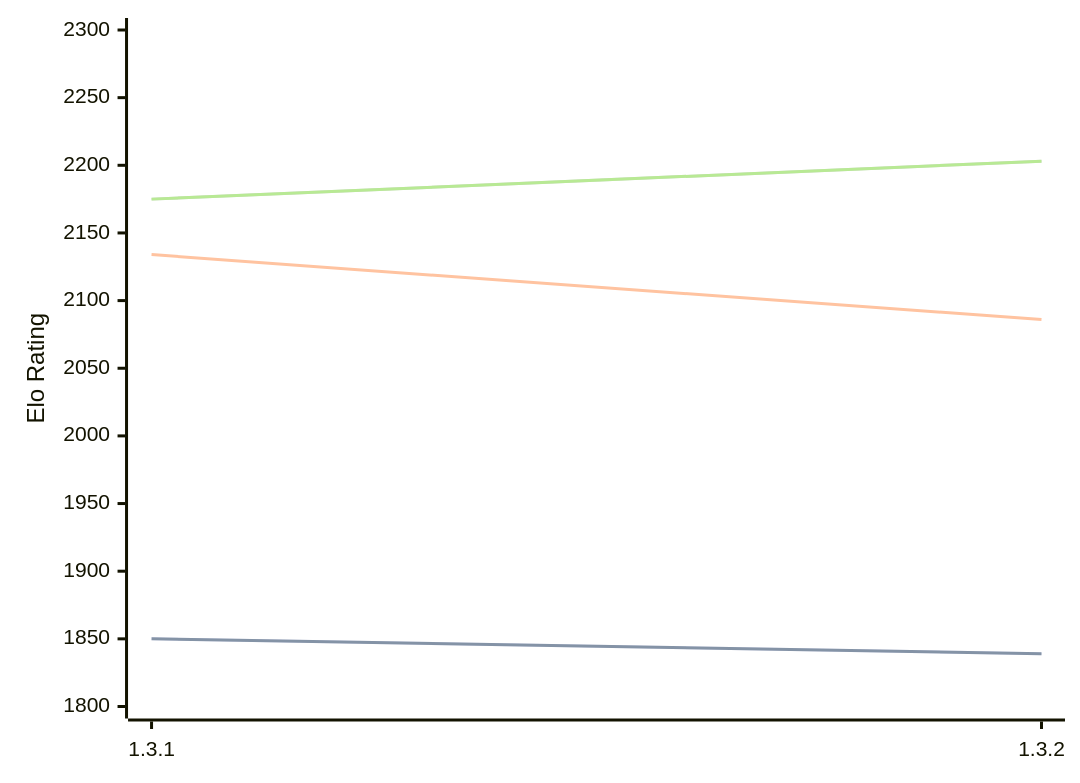
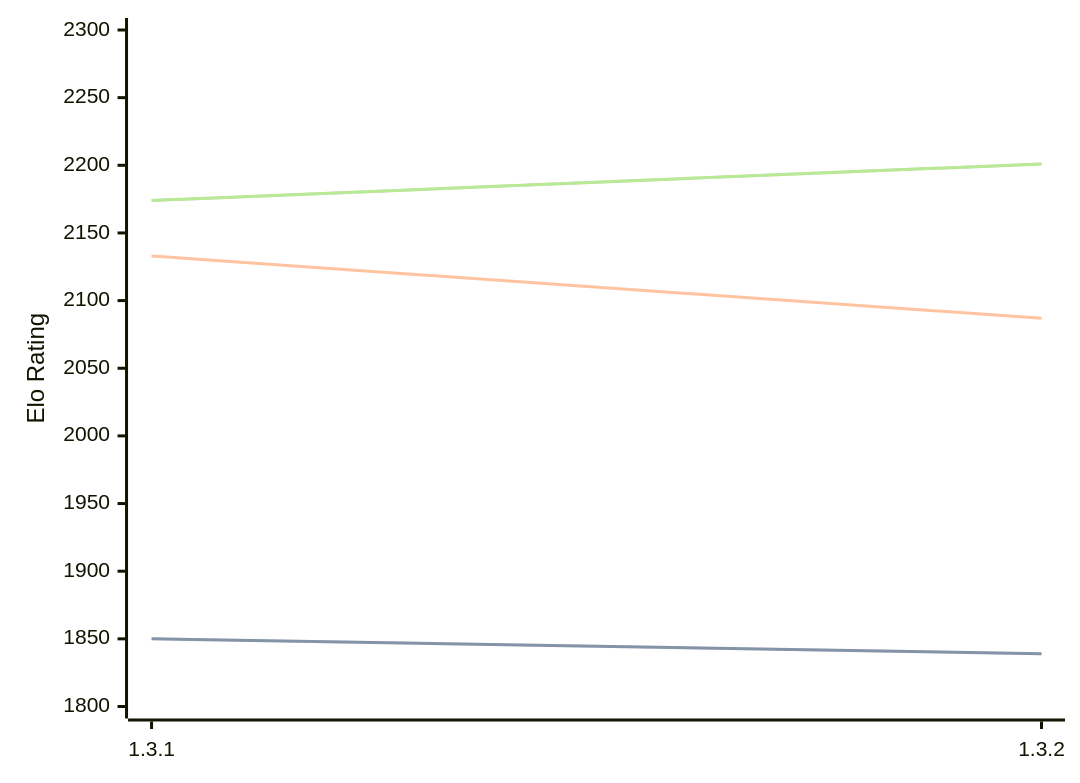
The diagram in engines/Zugblitz.md (computer-chess-index/cci), drawn with Mermaid before and after one commit. The commit also changed other lines of this file, not shown here.

Commit message:
Update CCI Ratings (ELO VLTC) - 2026-08-12

````diff
--- a/engines/Zugblitz.md
+++ b/engines/Zugblitz.md
@@ -32,11 +32,11 @@
 ```mermaid
 %%{init: {"theme":"base","themeVariables":{"seriesColors:['#a3a3a3','#222221','#faa371']}}}%%
 xychart-beta
   x-axis ["1.3.1", "1.3.2"]
   y-axis "Elo Rating" 1800 --> 2300
   line "STC (8.0+0.08s)" [1850, 1839]
   line "STC (8.0+0.08s)" [1850, 1839]
-  line "LTC (60.0+0.60s)" [2134, 2086]
-  line "VLTC (2m24s+1.12s)" [2175, 2203]
-  line "VLTC (2m24s+1.12s)" [2175, 2203]
+  line "LTC (60.0+0.60s)" [2133, 2087]
+  line "VLTC (2m24s+1.12s)" [2174, 2201]
+  line "VLTC (2m24s+1.12s)" [2174, 2201]
 ```
````
